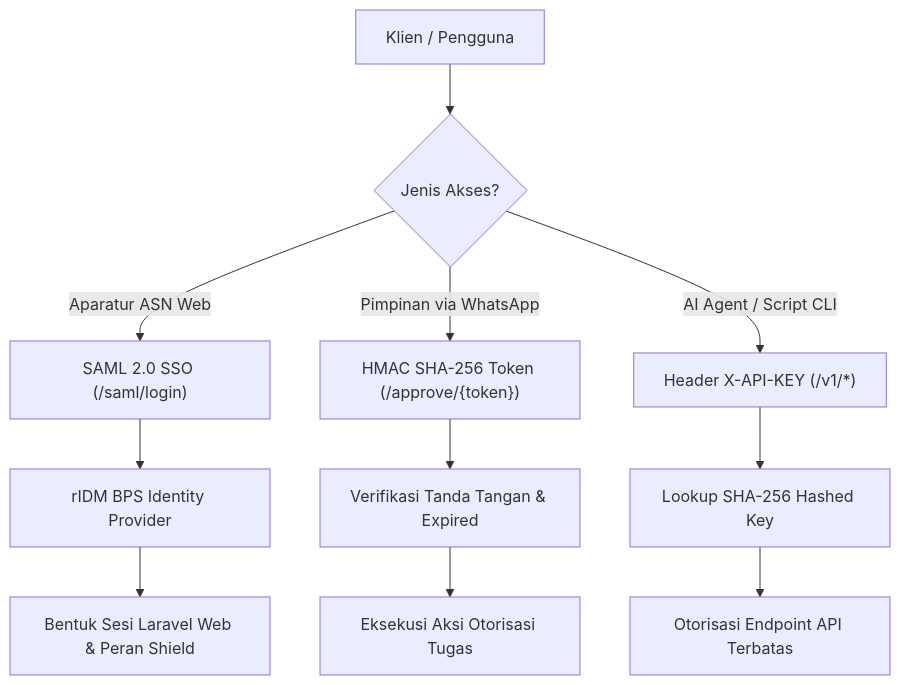
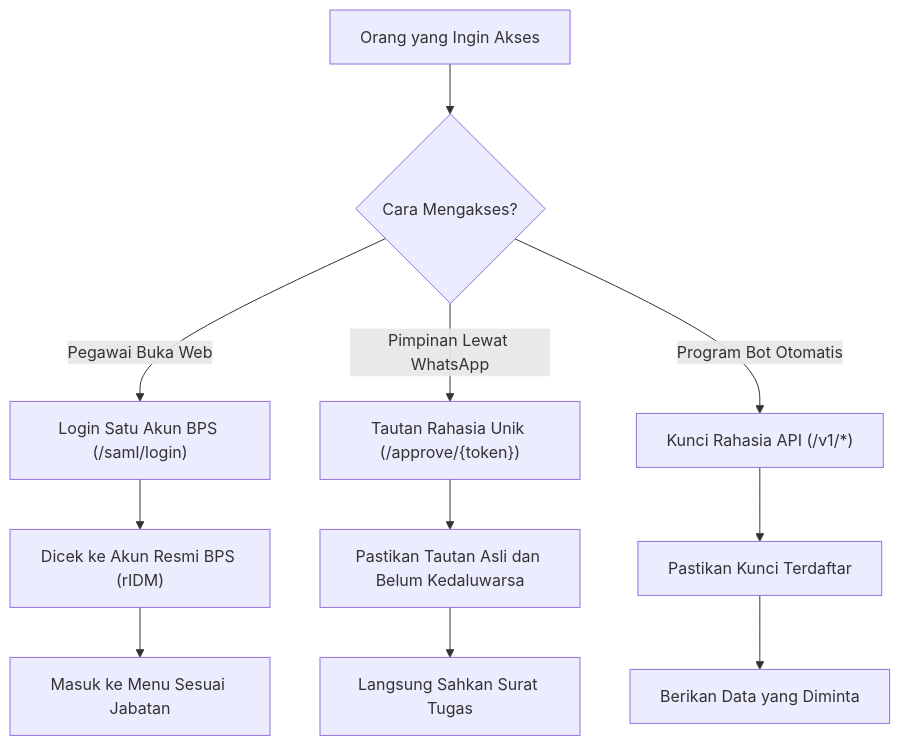
The first of 2 diagrams in docs/architecture/08_cross_cutting_concepts.md (ihkaru/sipedas), drawn with Mermaid before and after one commit. The commit also changed other lines of this file and 11 other files, not shown here.

Commit message:
docs(arc42): rewrite enterprise architecture documentation into crystal-clear plain Indonesian without jargon

````diff
--- a/docs/architecture/08_cross_cutting_concepts.md
+++ b/docs/architecture/08_cross_cutting_concepts.md
@@ -15,15 +15,15 @@
 ```mermaid
 graph TD
-    User["Klien / Pengguna"] --> Decision{"Jenis Akses?"}
-    Decision -->|Aparatur ASN Web| SAML["SAML 2.0 SSO (/saml/login)"]
-    Decision -->|Pimpinan via WhatsApp| TokenSign["HMAC SHA-256 Token (/approve/{token})"]
-    Decision -->|AI Agent / Script CLI| APIKey["Header X-API-KEY (/v1/*)"]
+    Pengguna["Orang yang Ingin Akses"] --> Pilihan{"Cara Mengakses?"}
+    Pilihan -->|Pegawai Buka Web| SAML["Login Satu Akun BPS (/saml/login)"]
+    Pilihan -->|Pimpinan Lewat WhatsApp| TokenSign["Tautan Rahasia Unik (/approve/{token})"]
+    Pilihan -->|Program Bot Otomatis| APIKey["Kunci Rahasia API (/v1/*)"]
 
-    SAML --> rIDM["rIDM BPS Identity Provider"]
-    TokenSign --> AppTokenVerify["Verifikasi Tanda Tangan & Expired"]
-    APIKey --> HashVerify["Lookup SHA-256 Hashed Key"]
+    SAML --> rIDM["Dicek ke Akun Resmi BPS (rIDM)"]
+    TokenSign --> CekToken["Pastikan Tautan Asli dan Belum Kedaluwarsa"]
+    APIKey --> CekKey["Pastikan Kunci Terdaftar"]
 
-    rIDM --> Session["Bentuk Sesi Laravel Web & Peran Shield"]
-    AppTokenVerify --> ExecuteApproval["Eksekusi Aksi Otorisasi Tugas"]
-    HashVerify --> ApiScope["Otorisasi Endpoint API Terbatas"]
+    rIDM --> MasukMenu["Masuk ke Menu Sesuai Jabatan"]
+    CekToken --> SahkanTugas["Langsung Sahkan Surat Tugas"]
+    CekKey --> BeriData["Berikan Data yang Diminta"]
 ```
````
